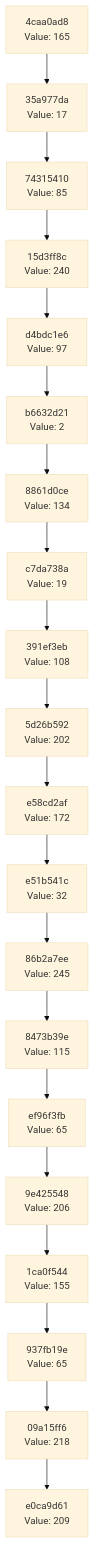
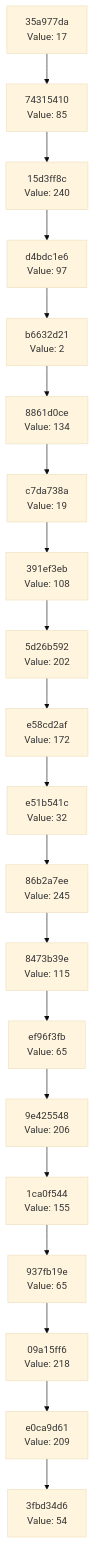
Before and after one commit to Abhisheksinha1506/hash-chain-evolver: the diagram in docs/CHAIN_VISUALIZATION.md, drawn with Mermaid (base theme). The commit also changed 3 other files, not shown here.

````diff
--- a/docs/CHAIN_VISUALIZATION.md
+++ b/docs/CHAIN_VISUALIZATION.md
@@ -3,42 +3,42 @@
 ```mermaid
 graph TD
-    C0["e0ca9d61<br/>Value: 209"]
-    C1["09a15ff6<br/>Value: 218"]
+    C0["3fbd34d6<br/>Value: 54"]
+    C1["e0ca9d61<br/>Value: 209"]
     C1 --> C0
-    C2["937fb19e<br/>Value: 65"]
+    C2["09a15ff6<br/>Value: 218"]
     C2 --> C1
-    C3["1ca0f544<br/>Value: 155"]
+    C3["937fb19e<br/>Value: 65"]
     C3 --> C2
-    C4["9e425548<br/>Value: 206"]
+    C4["1ca0f544<br/>Value: 155"]
     C4 --> C3
-    C5["ef96f3fb<br/>Value: 65"]
+    C5["9e425548<br/>Value: 206"]
     C5 --> C4
-    C6["8473b39e<br/>Value: 115"]
+    C6["ef96f3fb<br/>Value: 65"]
     C6 --> C5
-    C7["86b2a7ee<br/>Value: 245"]
+    C7["8473b39e<br/>Value: 115"]
     C7 --> C6
-    C8["e51b541c<br/>Value: 32"]
+    C8["86b2a7ee<br/>Value: 245"]
     C8 --> C7
-    C9["e58cd2af<br/>Value: 172"]
+    C9["e51b541c<br/>Value: 32"]
     C9 --> C8
-    C10["5d26b592<br/>Value: 202"]
+    C10["e58cd2af<br/>Value: 172"]
     C10 --> C9
-    C11["391ef3eb<br/>Value: 108"]
+    C11["5d26b592<br/>Value: 202"]
     C11 --> C10
-    C12["c7da738a<br/>Value: 19"]
+    C12["391ef3eb<br/>Value: 108"]
     C12 --> C11
-    C13["8861d0ce<br/>Value: 134"]
+    C13["c7da738a<br/>Value: 19"]
     C13 --> C12
-    C14["b6632d21<br/>Value: 2"]
+    C14["8861d0ce<br/>Value: 134"]
     C14 --> C13
-    C15["d4bdc1e6<br/>Value: 97"]
+    C15["b6632d21<br/>Value: 2"]
     C15 --> C14
-    C16["15d3ff8c<br/>Value: 240"]
+    C16["d4bdc1e6<br/>Value: 97"]
     C16 --> C15
-    C17["74315410<br/>Value: 85"]
+    C17["15d3ff8c<br/>Value: 240"]
     C17 --> C16
-    C18["35a977da<br/>Value: 17"]
+    C18["74315410<br/>Value: 85"]
     C18 --> C17
-    C19["4caa0ad8<br/>Value: 165"]
+    C19["35a977da<br/>Value: 17"]
     C19 --> C18
 ```
````
